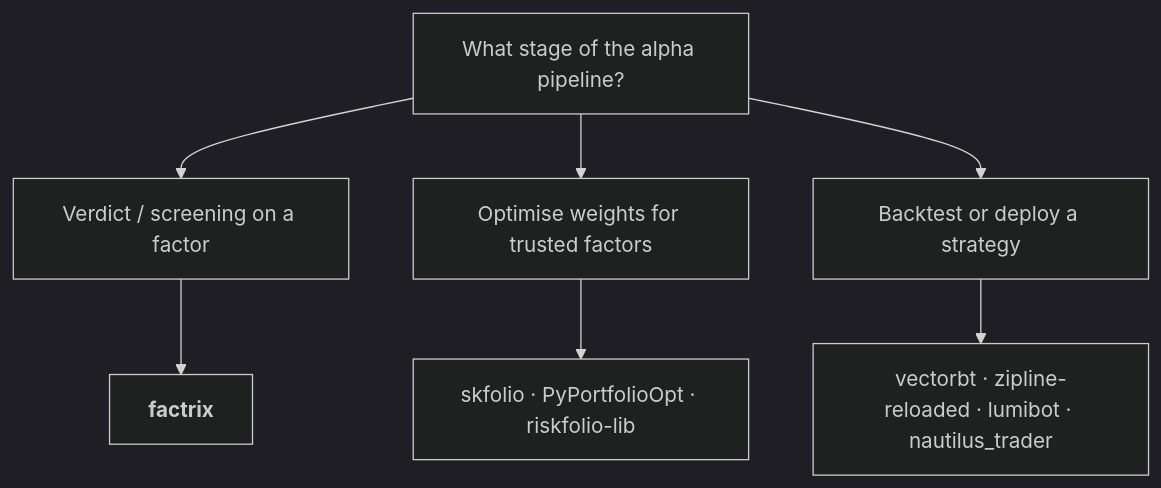
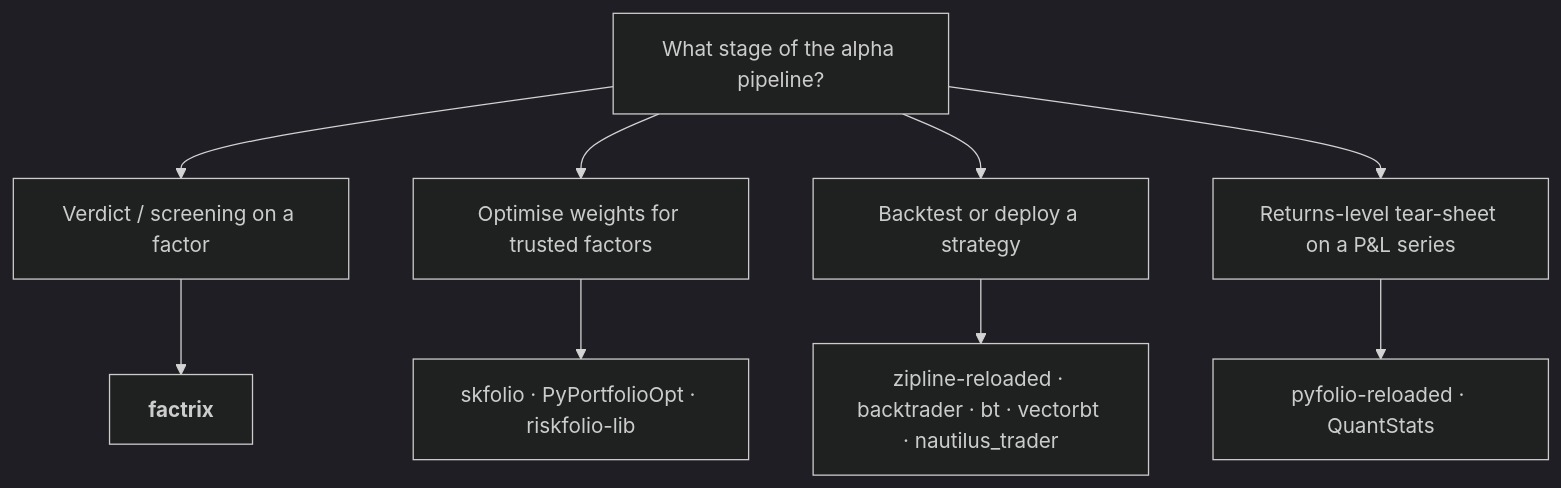
The third of 3 diagrams in docs/where-factrix-fits.md (awwesomeman/factrix), drawn with Mermaid (dark theme) before and after one commit. The commit also changed other lines of this file, not shown here.

First line of the commit message:
docs: polish where-factrix-fits per quant review (#141)

````diff
--- a/docs/where-factrix-fits.md
+++ b/docs/where-factrix-fits.md
@@ -402,9 +410,11 @@
 ```mermaid
 flowchart TD
     A[What stage of the alpha pipeline?] --> F[Verdict / screening on a factor]
     A --> W[Optimise weights for trusted factors]
     A --> E[Backtest or deploy a strategy]
+    A --> R[Returns-level tear-sheet on a P&L series]
     F --> FX[<b>factrix</b>]
     W --> WX[skfolio · PyPortfolioOpt · riskfolio-lib]
-    E --> EX[vectorbt · zipline-reloaded · lumibot · nautilus_trader]
+    E --> EX[zipline-reloaded · backtrader · bt · vectorbt · nautilus_trader]
+    R --> RX[pyfolio-reloaded · QuantStats]
 ```
````
